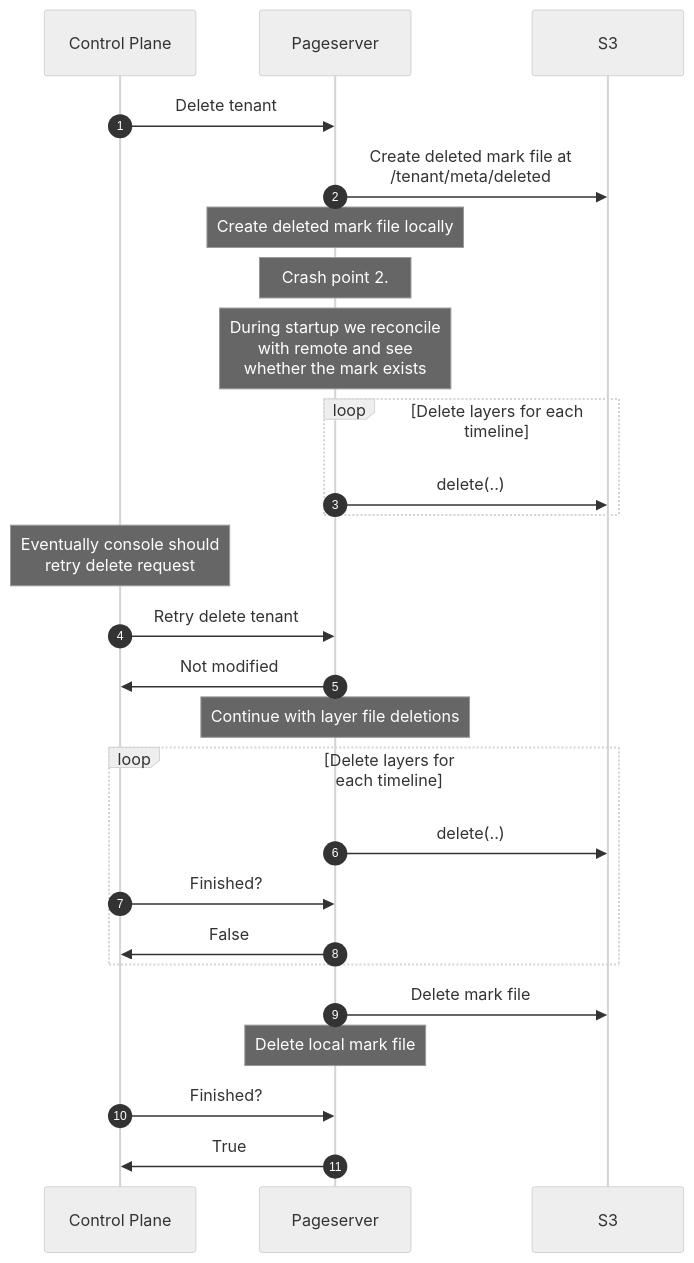
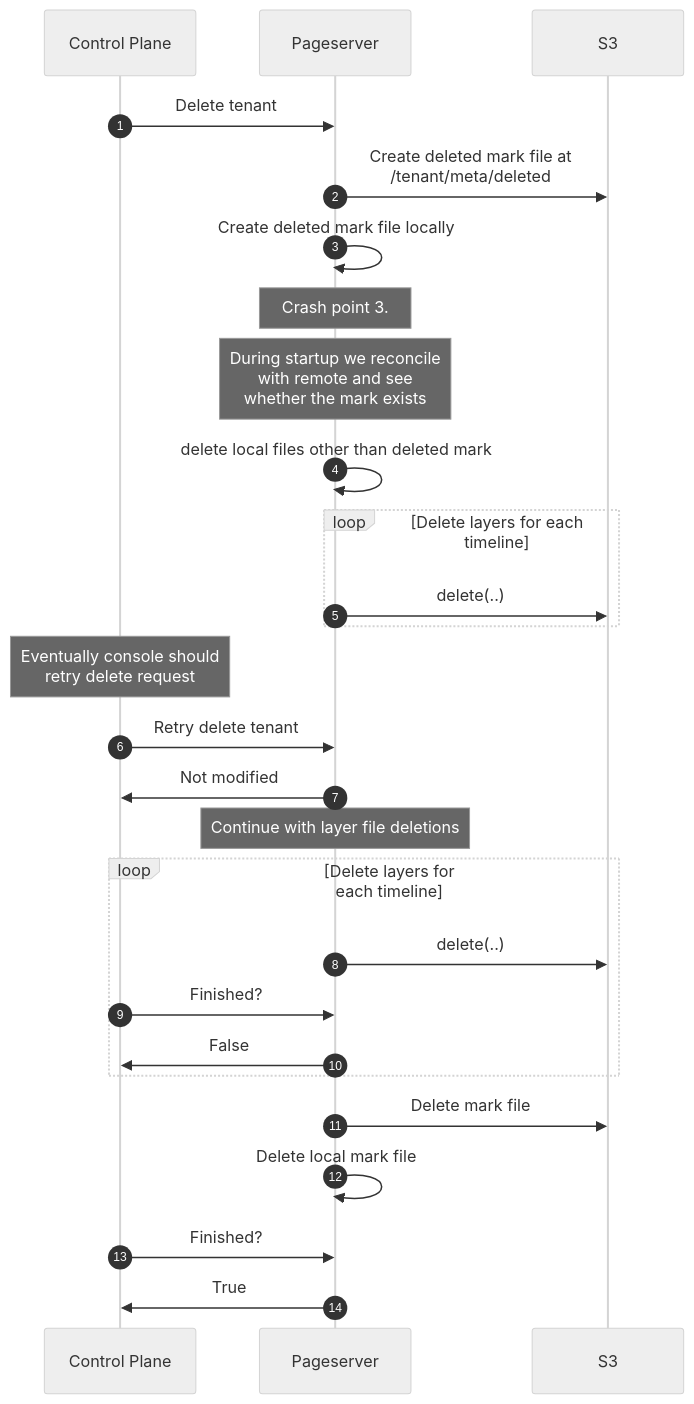
One commit to neondatabase/neon changed the fourth of 4 diagrams in docs/rfcs/022-pageserver-delete-from-s3.md. Above: the diagram before and after it, drawn with Mermaid (neutral theme). The commit also changed other lines of this file, not shown here.

````diff
--- a/docs/rfcs/022-pageserver-delete-from-s3.md
+++ b/docs/rfcs/022-pageserver-delete-from-s3.md
@@ -164,36 +170,37 @@
 ```mermaid
 sequenceDiagram
     autonumber
     participant CP as Control Plane
     participant PS as Pageserver
     participant S3
 
     CP->>PS: Delete tenant
     PS->>S3: Create deleted mark file at <br> /tenant/meta/deleted
-    note over PS: Create deleted mark file locally
+    PS->>PS: Create deleted mark file locally
 
-    note over PS: Crash point 2.
+    note over PS: Crash point 3.
     note over PS: During startup we reconcile <br> with remote and see <br> whether the mark exists
 
+    PS->>PS: delete local files other than deleted mark
     loop Delete layers for each timeline
         PS->>S3: delete(..)
     end
 
     note over CP: Eventually console should <br> retry delete request
 
     CP->>PS: Retry delete tenant
     PS->>CP: Not modified
 
     note over PS: Continue with layer file deletions
     loop Delete layers for each timeline
         PS->>S3: delete(..)
         CP->>PS: Finished?
         PS->>CP: False
     end
 
     PS->>S3: Delete mark file
-    note over PS: Delete local mark file
+    PS->>PS: Delete local mark file
 
     CP->>PS: Finished?
     PS->>CP: True
 ```
````
